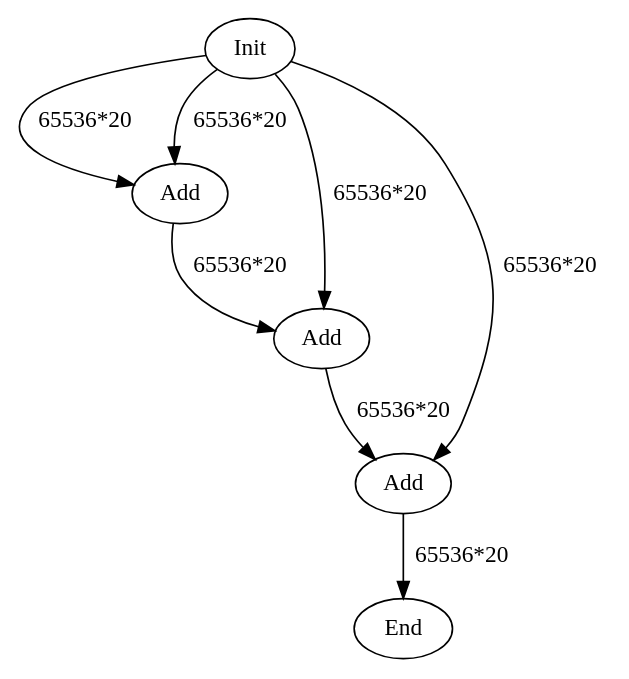
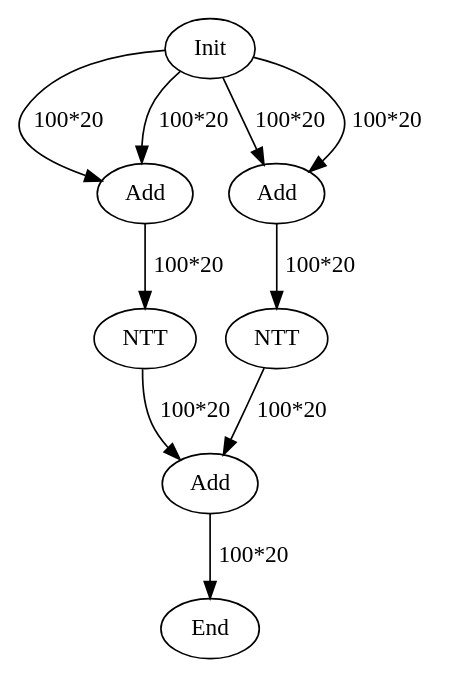
Before and after one commit to hal-lab-u-tokyo/PolyFHE: the diagram in data/graph_poly.dot, drawn with Graphviz. The commit also changed 5 other files, not shown here.

```diff
--- a/data/graph_poly.dot
+++ b/data/graph_poly.dot
@@ -1,14 +1,18 @@
 digraph G {
 Init[label="Init"];
 HAdd0[label="Add"];
 HAdd1[label="Add"];
 HAdd2[label="Add"];
+NTT0[label="NTT"];
+NTT1[label="NTT"];
 End[label="End"];
-Init->HAdd0[label="65536*20"];
-Init->HAdd0[label="65536*20"];
-Init->HAdd1[label="65536*20"];
-Init->HAdd2[label="65536*20"];
-HAdd0->HAdd1[label="65536*20"];
-HAdd1->HAdd2[label="65536*20"];
-HAdd2->End[label="65536*20"];
+Init->HAdd0[label="100*20"];
+Init->HAdd0[label="100*20"];
+Init->HAdd1[label="100*20"];
+Init->HAdd1[label="100*20"];
+HAdd0->NTT0[label="100*20"];
+HAdd1->NTT1[label="100*20"];
+NTT0->HAdd2[label="100*20"];
+NTT1->HAdd2[label="100*20"];
+HAdd2->End[label="100*20"];
 }
```
